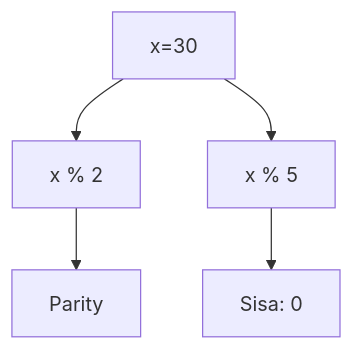
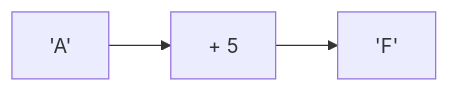
One commit to amnahwaida/OSNK_INF_PREP changed diagram 13 of 25 in part-c-pemahaman-cpp/06-bitwise/latihan/set-06.md. Above: the diagram before and after it, drawn with Mermaid. The commit also changed other lines of this file and 71 other files, not shown here.

Commit message:
Fixed Mermaid syntax lexical errors with quoted labels in 1,800 questions

````diff
--- a/part-c-pemahaman-cpp/06-bitwise/latihan/set-06.md
+++ b/part-c-pemahaman-cpp/06-bitwise/latihan/set-06.md
@@ -325,7 +410,5 @@
 ```mermaid
-graph TD
-A[x=30] --> B[x % 2]
-B --> C[Parity]
-A --> D[x % 5]
-D --> E[Sisa: 0]
+graph LR
+A["'A'"] --> B["+ 5"]
+B --> C["'F'"]
 ```
````
